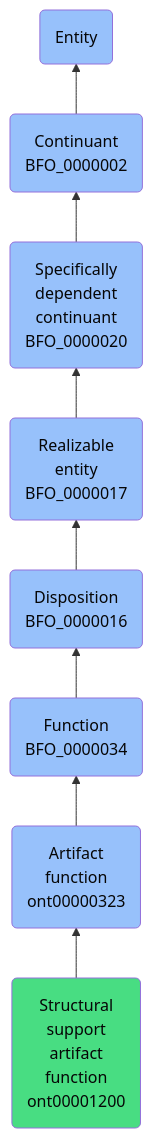
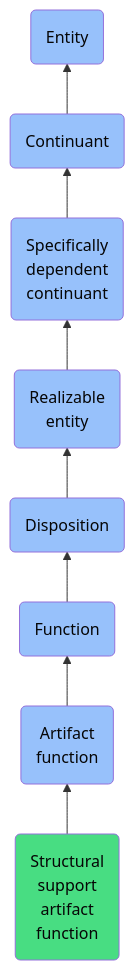
Before and after one commit to jupyter-naas/abi: the diagram in docs/ontology/reference/model/Entity/Continuant/Specifically dependent continuant/Realizable entity/Disposition/Function/Artifact function/Structural support artifact function/Structural support artifact function.md, drawn with Mermaid. The commit also changed other lines of this file and 1430 other files, not shown here.

````diff
--- a/docs/ontology/reference/model/Entity/Continuant/Specifically dependent continuant/Realizable entity/Disposition/Function/Artifact function/Structural support artifact function/Structural support artifact function.md
+++ b/docs/ontology/reference/model/Entity/Continuant/Specifically dependent continuant/Realizable entity/Disposition/Function/Artifact function/Structural support artifact function/Structural support artifact function.md
@@ -24,15 +24,15 @@
 ```mermaid
 graph BT
-    ont00001200(Structural<br>support<br>artifact<br>function<br>ont00001200):::ABI-->ont00000323
-    ont00000323(Artifact<br>function<br>ont00000323):::BFO-->BFO_0000034
-    BFO_0000034(Function<br>BFO_0000034):::BFO-->BFO_0000016
-    BFO_0000016(Disposition<br>BFO_0000016):::BFO-->BFO_0000017
-    BFO_0000017(Realizable<br>entity<br>BFO_0000017):::BFO-->BFO_0000020
-    BFO_0000020(Specifically<br>dependent<br>continuant<br>BFO_0000020):::BFO-->BFO_0000002
-    BFO_0000002(Continuant<br>BFO_0000002):::BFO-->BFO_0000001
+    ont00001200(Structural<br>support<br>artifact<br>function):::ABI-->ont00000323
+    ont00000323(Artifact<br>function):::BFO-->BFO_0000034
+    BFO_0000034(Function):::BFO-->BFO_0000016
+    BFO_0000016(Disposition):::BFO-->BFO_0000017
+    BFO_0000017(Realizable<br>entity):::BFO-->BFO_0000020
+    BFO_0000020(Specifically<br>dependent<br>continuant):::BFO-->BFO_0000002
+    BFO_0000002(Continuant):::BFO-->BFO_0000001
     BFO_0000001(Entity):::BFO
     
     classDef BFO fill:#97c1fb,color:#060606
     classDef CCO fill:#e4c51e,color:#060606
     classDef ABI fill:#48DD82,color:#060606
 ```
````
